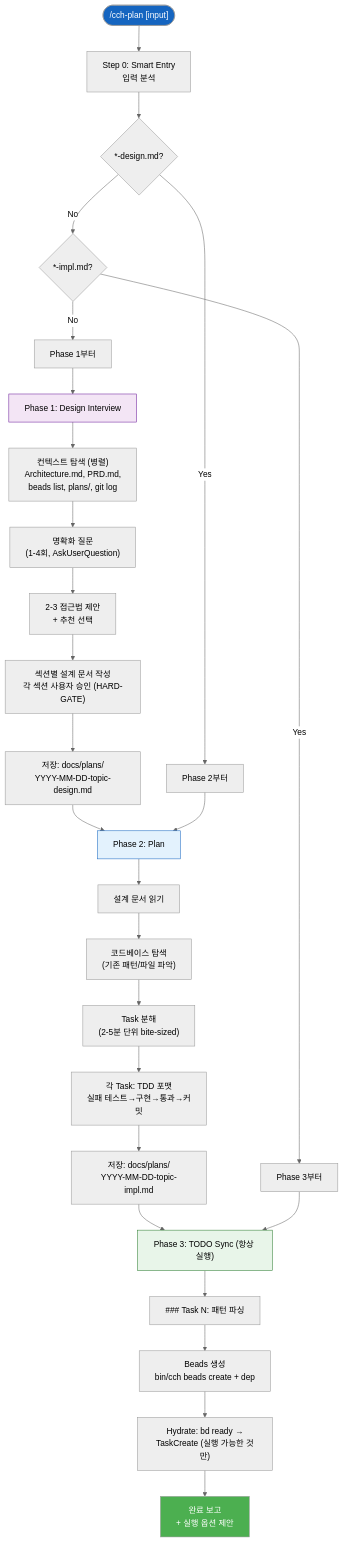
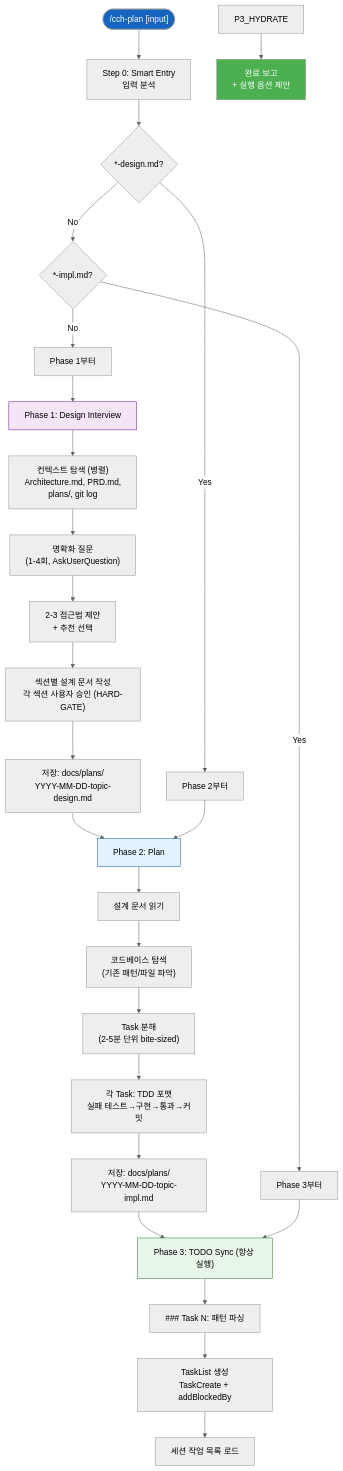
The seventh of 17 diagrams in docs/diagrams/cch-workflows.md (skdkfk8758/claude-code-harness), drawn with Mermaid (neutral theme) before and after one commit. The commit also changed other lines of this file and 1 other file, not shown here.

First line of the commit message:
docs: update workflow diagrams for v3, archive plugin reference

````diff
--- a/docs/diagrams/cch-workflows.md
+++ b/docs/diagrams/cch-workflows.md
@@ -388,36 +338,36 @@
 ```mermaid
 flowchart TD
     START(["/cch-plan [input]"]) --> SMART["Step 0: Smart Entry<br/>입력 분석"]
 
     SMART --> CHK1{"*-design.md?"}
     CHK1 -->|Yes| START_P2["Phase 2부터"]
     CHK1 -->|No| CHK2{"*-impl.md?"}
     CHK2 -->|Yes| START_P3["Phase 3부터"]
     CHK2 -->|No| START_P1["Phase 1부터"]
 
     START_P1 --> P1["Phase 1: Design Interview"]
-    P1 --> P1_CTX["컨텍스트 탐색 (병렬)<br/>Architecture.md, PRD.md,<br/>beads list, plans/, git log"]
+    P1 --> P1_CTX["컨텍스트 탐색 (병렬)<br/>Architecture.md, PRD.md,<br/>plans/, git log"]
     P1_CTX --> P1_Q["명확화 질문<br/>(1-4회, AskUserQuestion)"]
     P1_Q --> P1_APPROACH["2-3 접근법 제안<br/>+ 추천 선택"]
     P1_APPROACH --> P1_DOC["섹션별 설계 문서 작성<br/>각 섹션 사용자 승인 (HARD-GATE)"]
     P1_DOC --> P1_SAVE["저장: docs/plans/<br/>YYYY-MM-DD-topic-design.md"]
 
     P1_SAVE & START_P2 --> P2["Phase 2: Plan"]
     P2 --> P2_READ["설계 문서 읽기"]
     P2_READ --> P2_EXPLORE["코드베이스 탐색<br/>(기존 패턴/파일 파악)"]
     P2_EXPLORE --> P2_TASKS["Task 분해<br/>(2-5분 단위 bite-sized)"]
     P2_TASKS --> P2_TDD["각 Task: TDD 포맷<br/>실패 테스트→구현→통과→커밋"]
     P2_TDD --> P2_SAVE["저장: docs/plans/<br/>YYYY-MM-DD-topic-impl.md"]
 
     P2_SAVE & START_P3 --> P3["Phase 3: TODO Sync (항상 실행)"]
     P3 --> P3_PARSE["### Task N: 패턴 파싱"]
-    P3_PARSE --> P3_BEADS["Beads 생성<br/>bin/cch beads create + dep"]
-    P3_BEADS --> P3_HYDRATE["Hydrate: bd ready →<br/>TaskCreate (실행 가능한 것만)"]
+    P3_PARSE --> P3_TASKS["TaskList 생성<br/>TaskCreate + addBlockedBy"]
+    P3_TASKS --> P3_REPORT["세션 작업 목록 로드"]
     P3_HYDRATE --> REPORT["완료 보고<br/>+ 실행 옵션 제안"]
 
     style START fill:#1565C0,color:white
     style REPORT fill:#4CAF50,color:white
     style P1 fill:#F3E5F5,stroke:#6A1B9A
     style P2 fill:#E3F2FD,stroke:#1565C0
     style P3 fill:#E8F5E9,stroke:#2E7D32
 ```
````
